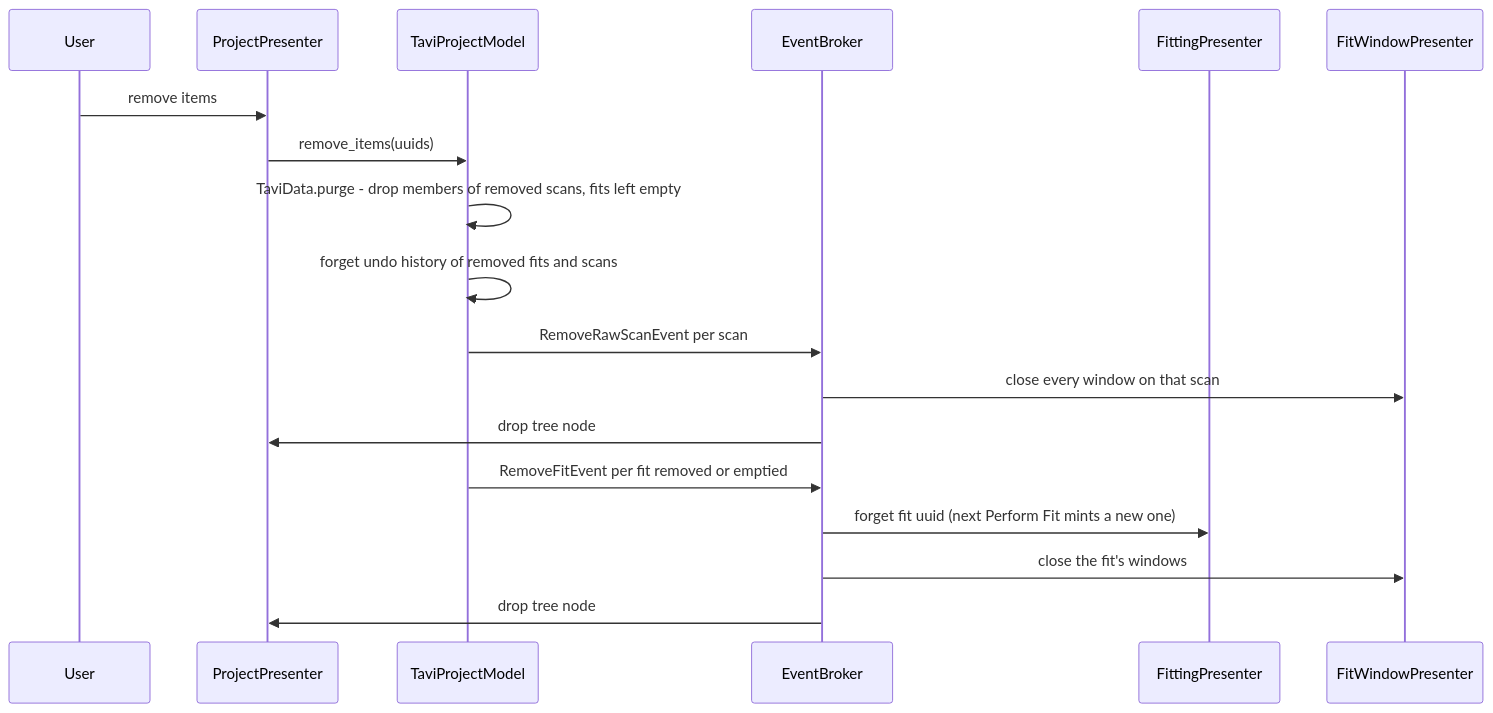
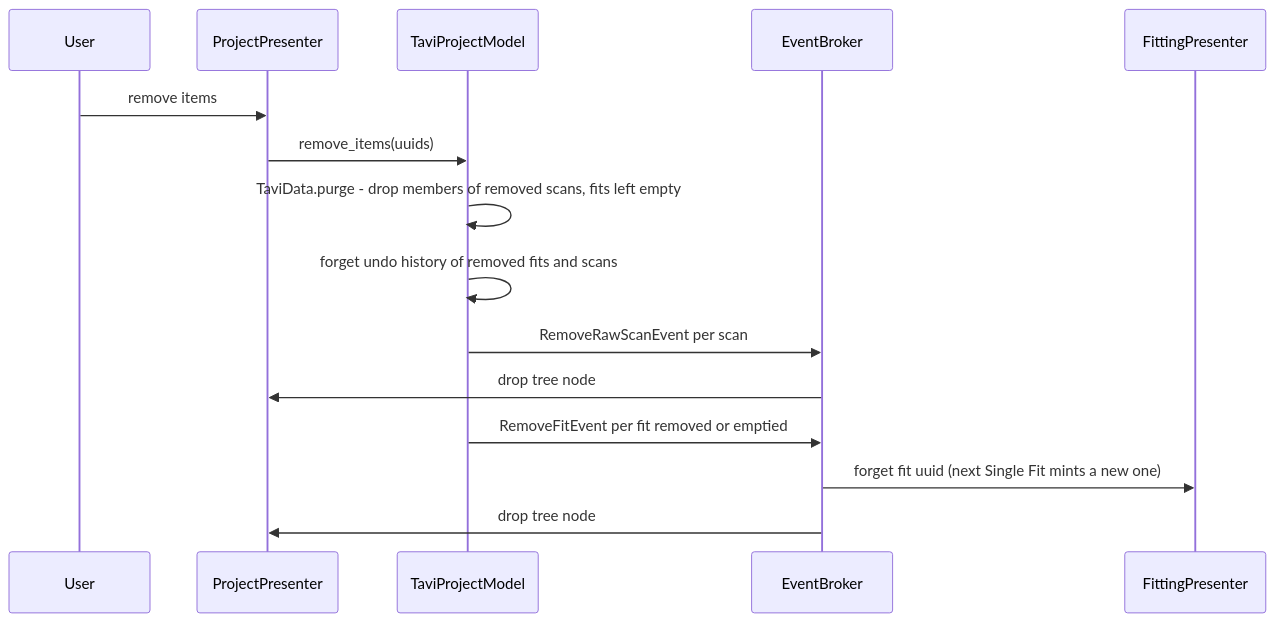
One commit to neutrons/TAVI changed the eighth of 8 diagrams in docs/source/design/frontend/fit_data_model.rst. Above: the diagram before and after it, drawn with Mermaid. The commit also changed other lines of this file and 23 other files, not shown here.

```diff
--- a/docs/source/design/frontend/fit_data_model.rst
+++ b/docs/source/design/frontend/fit_data_model.rst
@@ -522,21 +585,21 @@
 .. mermaid::
 
     sequenceDiagram
         participant User
         participant ProjectPresenter
         participant TaviProjectModel
         participant EventBroker
         participant FittingPresenter
-        participant FitWindowPresenter
+        %% Deprecated: participant FitWindowPresenter
 
         User ->> ProjectPresenter: remove items
         ProjectPresenter ->> TaviProjectModel: remove_items(uuids)
         TaviProjectModel ->> TaviProjectModel: TaviData.purge - drop members of removed scans, fits left empty
         TaviProjectModel ->> TaviProjectModel: forget undo history of removed fits and scans
         TaviProjectModel ->> EventBroker: RemoveRawScanEvent per scan
-        EventBroker ->> FitWindowPresenter: close every window on that scan
+        %% Deprecated: EventBroker ->> FitWindowPresenter: close every window on that scan
         EventBroker ->> ProjectPresenter: drop tree node
         TaviProjectModel ->> EventBroker: RemoveFitEvent per fit removed or emptied
-        EventBroker ->> FittingPresenter: forget fit uuid (next Perform Fit mints a new one)
-        EventBroker ->> FitWindowPresenter: close the fit's windows
+        EventBroker ->> FittingPresenter: forget fit uuid (next Single Fit mints a new one)
+        %% Deprecated: EventBroker ->> FitWindowPresenter: close the fit's windows
         EventBroker ->> ProjectPresenter: drop tree node
```
